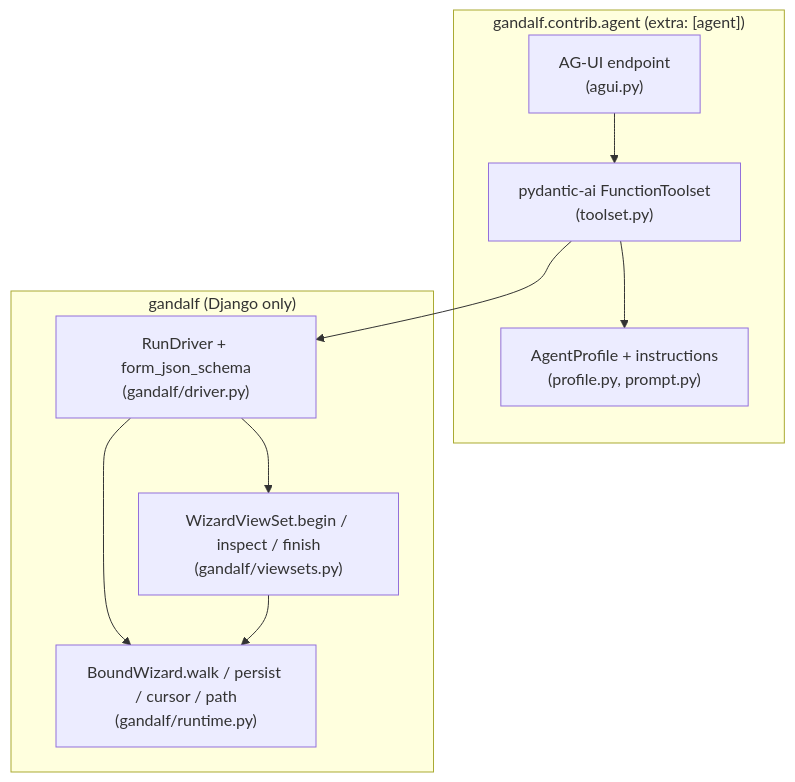
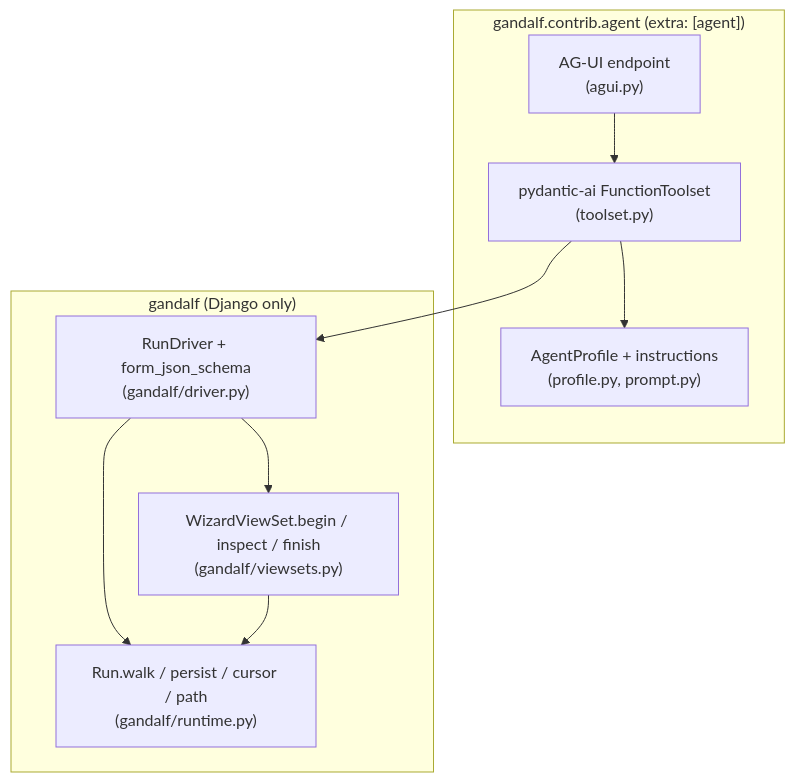
The diagram in AGENT_ACCESS.md (kevincarrogan/django-gandalf), drawn with Mermaid before and after one commit. The commit also changed other lines of this file and 82 other files, not shown here.

First line of the commit message:
Rename BoundWizard to Run, and define chapter 1's four words up front

````diff
--- a/AGENT_ACCESS.md
+++ b/AGENT_ACCESS.md
@@ -25,21 +25,21 @@
 ```mermaid
 graph TB
     subgraph "gandalf.contrib.agent (extra: [agent])"
         TS["pydantic-ai FunctionToolset\n(toolset.py)"]
         PR["AgentProfile + instructions\n(profile.py, prompt.py)"]
         UI["AG-UI endpoint\n(agui.py)"]
     end
 
     subgraph "gandalf (Django only)"
         AD["RunDriver + form_json_schema\n(gandalf/driver.py)"]
-        BW["BoundWizard.walk / persist / cursor / path\n(gandalf/runtime.py)"]
+        BW["Run.walk / persist / cursor / path\n(gandalf/runtime.py)"]
         VS["WizardViewSet.begin / inspect / finish\n(gandalf/viewsets.py)"]
     end
 
     UI --> TS
     TS --> PR
     TS --> AD
     AD --> VS
     AD --> BW
     VS --> BW
 ```
````
